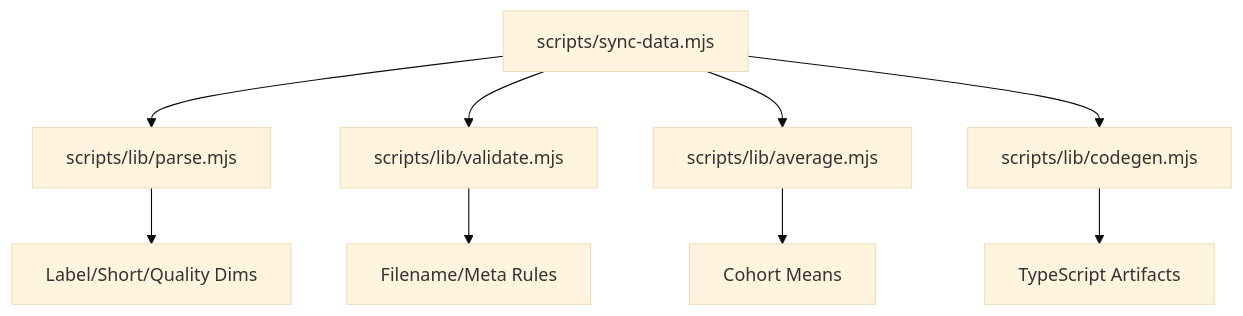
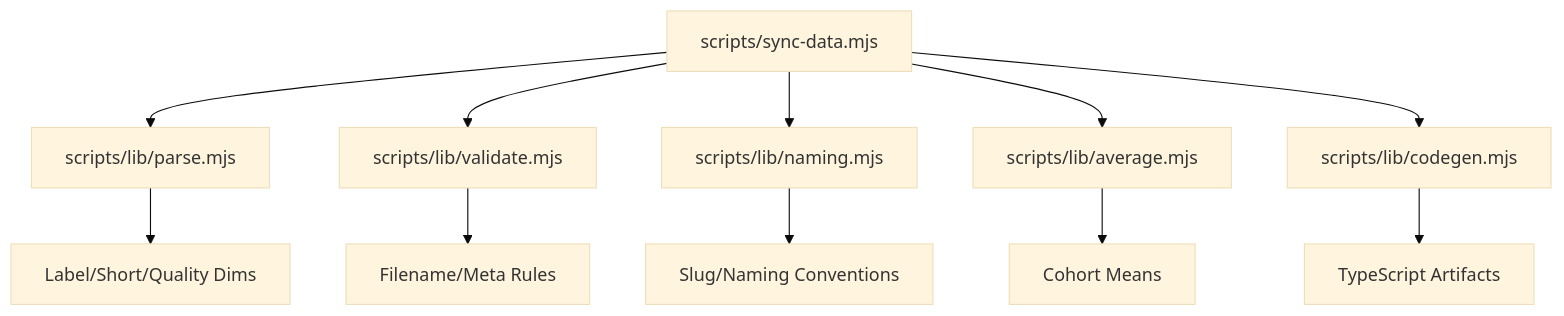
One commit to delirium-dj/modelcomp changed diagram 17 of 17 in .qoder/repowiki/en/content/Data Management System/Data Management System.md. Above: the diagram before and after it, drawn with Mermaid (base theme). The commit also changed other lines of this file and 141 other files, not shown here.

````diff
--- a/.qoder/repowiki/en/content/Data Management System/Data Management System.md
+++ b/.qoder/repowiki/en/content/Data Management System/Data Management System.md
@@ -565,11 +603,13 @@
 ```mermaid
 graph TB
 Sync["scripts/sync-data.mjs"] --> Parse["scripts/lib/parse.mjs"]
 Sync --> Validate["scripts/lib/validate.mjs"]
+Sync --> Naming["scripts/lib/naming.mjs"]
 Sync --> Average["scripts/lib/average.mjs"]
 Sync --> Codegen["scripts/lib/codegen.mjs"]
 Parse --> Types["Label/Short/Quality Dims"]
 Validate --> Rules["Filename/Meta Rules"]
+Naming --> Conventions["Slug/Naming Conventions"]
 Average --> Metrics["Cohort Means"]
 Codegen --> TS["TypeScript Artifacts"]
 ```
````
